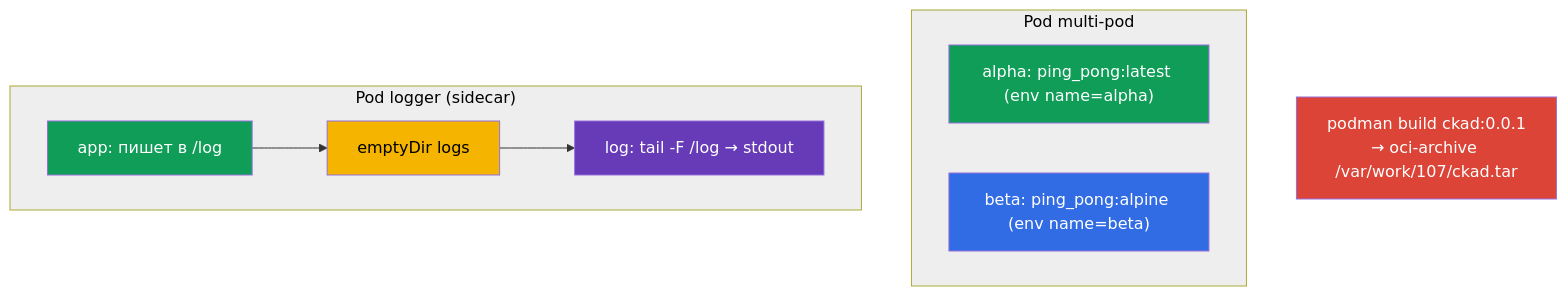
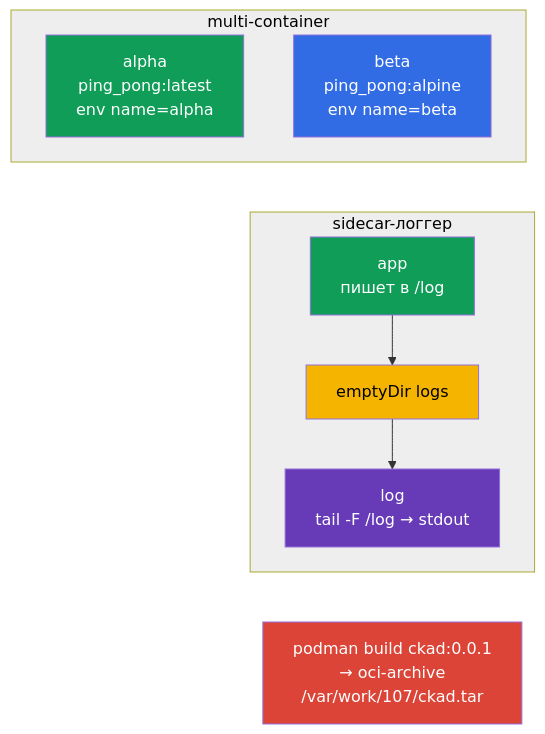
Before and after one commit to ViktorUJ/cks: the diagram in tasks/cka/labs/107/README_RU.MD, drawn with Mermaid. The commit also changed other lines of this file and 36 other files, not shown here.

````diff
--- a/tasks/cka/labs/107/README_RU.MD
+++ b/tasks/cka/labs/107/README_RU.MD
@@ -29,22 +37,24 @@
 ```mermaid
 flowchart TB
-    subgraph mp["Pod multi-pod"]
-        a["alpha: ping_pong:latest (env name=alpha)"]
-        b["beta: ping_pong:alpine (env name=beta)"]
+    subgraph mp["multi-container"]
+        a["alpha<br>ping_pong:latest<br>env name=alpha"]
+        b["beta<br>ping_pong:alpine<br>env name=beta"]
     end
-    subgraph lg["Pod logger (sidecar)"]
-        app["app: пишет в /log"]
-        log["log: tail -F /log → stdout"]
+    subgraph lg["sidecar-логгер"]
+        app["app<br>пишет в /log"]
         vol["emptyDir logs"]
+        log["log<br>tail -F /log → stdout"]
         app --> vol --> log
     end
-    build["podman build ckad:0.0.1<br>→ oci-archive /var/work/107/ckad.tar"]
+    build["podman build ckad:0.0.1<br>→ oci-archive<br>/var/work/107/ckad.tar"]
+    b ~~~ app
+    log ~~~ build
     style mp fill:#eeeeee,color:#000
     style a fill:#0f9d58,color:#fff
     style b fill:#326ce5,color:#fff
     style lg fill:#eeeeee,color:#000
     style app fill:#0f9d58,color:#fff
     style log fill:#673ab7,color:#fff
     style vol fill:#f4b400,color:#000
     style build fill:#db4437,color:#fff
 ```
````
